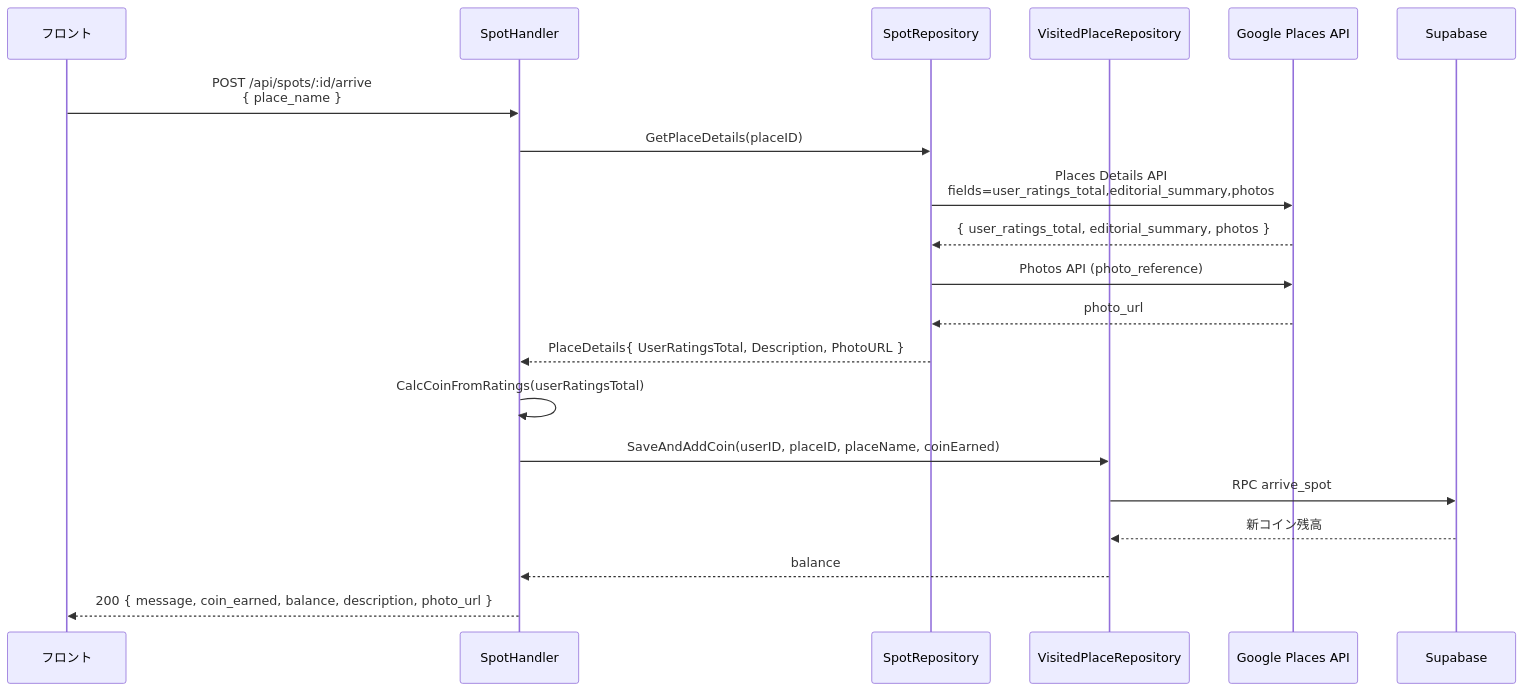
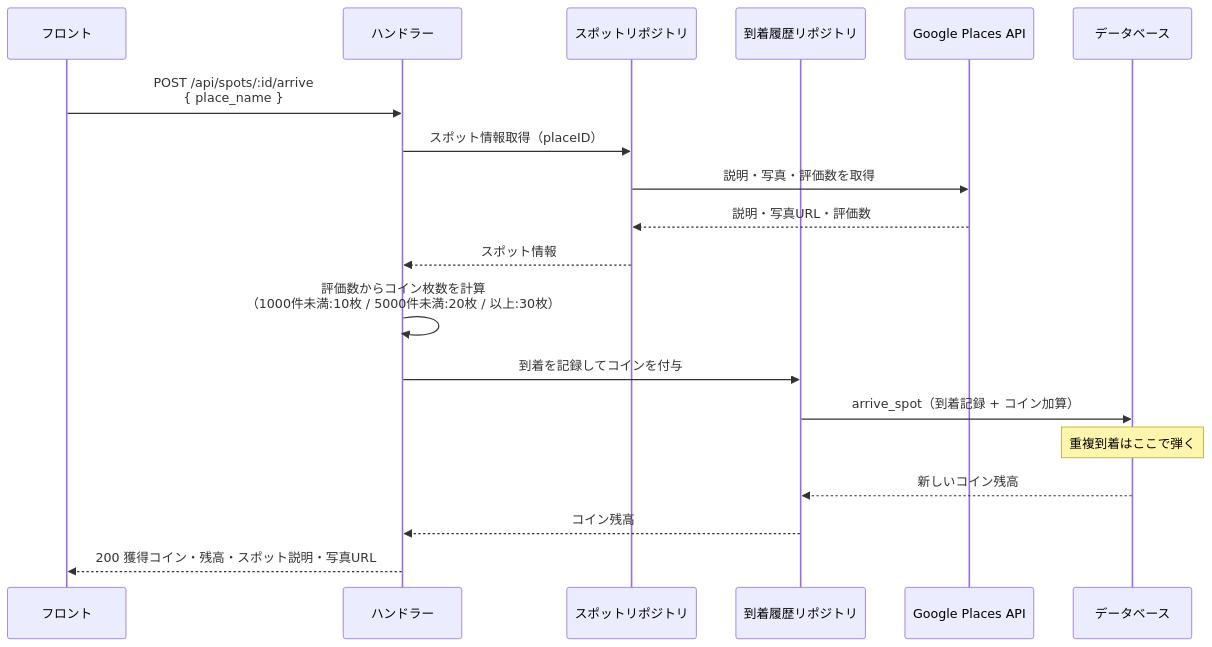
Before and after one commit to y08416/sukima-trip-backend: the first of 6 diagrams in docs/sequence.md, drawn with Mermaid. The commit also changed other lines of this file, not shown here.

Commit message:
docs: シーケンス図を日本語表記に統一して見やすくする

````diff
--- a/docs/sequence.md
+++ b/docs/sequence.md
@@ -5,23 +5,26 @@
 ```mermaid
 sequenceDiagram
-    participant F as フロント
-    participant H as SpotHandler
-    participant SR as SpotRepository
-    participant VR as VisitedPlaceRepository
-    participant Places as Google Places API
-    participant DB as Supabase
+    participant フロント
+    participant ハンドラー
+    participant スポットリポジトリ
+    participant 到着履歴リポジトリ
+    participant GooglePlaces as Google Places API
+    participant DB as データベース
 
-    F->>H: POST /api/spots/:id/arrive<br/>{ place_name }
-    H->>SR: GetPlaceDetails(placeID)
-    SR->>Places: Places Details API<br/>fields=user_ratings_total,editorial_summary,photos
-    Places-->>SR: { user_ratings_total, editorial_summary, photos }
-    SR->>Places: Photos API (photo_reference)
-    Places-->>SR: photo_url
-    SR-->>H: PlaceDetails{ UserRatingsTotal, Description, PhotoURL }
-    H->>H: CalcCoinFromRatings(userRatingsTotal)
-    H->>VR: SaveAndAddCoin(userID, placeID, placeName, coinEarned)
-    VR->>DB: RPC arrive_spot
-    DB-->>VR: 新コイン残高
-    VR-->>H: balance
-    H-->>F: 200 { message, coin_earned, balance, description, photo_url }
+    フロント->>ハンドラー: POST /api/spots/:id/arrive<br/>{ place_name }
+
+    ハンドラー->>スポットリポジトリ: スポット情報取得（placeID）
+    スポットリポジトリ->>GooglePlaces: 説明・写真・評価数を取得
+    GooglePlaces-->>スポットリポジトリ: 説明・写真URL・評価数
+    スポットリポジトリ-->>ハンドラー: スポット情報
+
+    ハンドラー->>ハンドラー: 評価数からコイン枚数を計算<br/>（1000件未満:10枚 / 5000件未満:20枚 / 以上:30枚）
+
+    ハンドラー->>到着履歴リポジトリ: 到着を記録してコインを付与
+    到着履歴リポジトリ->>DB: arrive_spot（到着記録 + コイン加算）
+    Note over DB: 重複到着はここで弾く
+    DB-->>到着履歴リポジトリ: 新しいコイン残高
+    到着履歴リポジトリ-->>ハンドラー: コイン残高
+
+    ハンドラー-->>フロント: 200 獲得コイン・残高・スポット説明・写真URL
 ```
````
